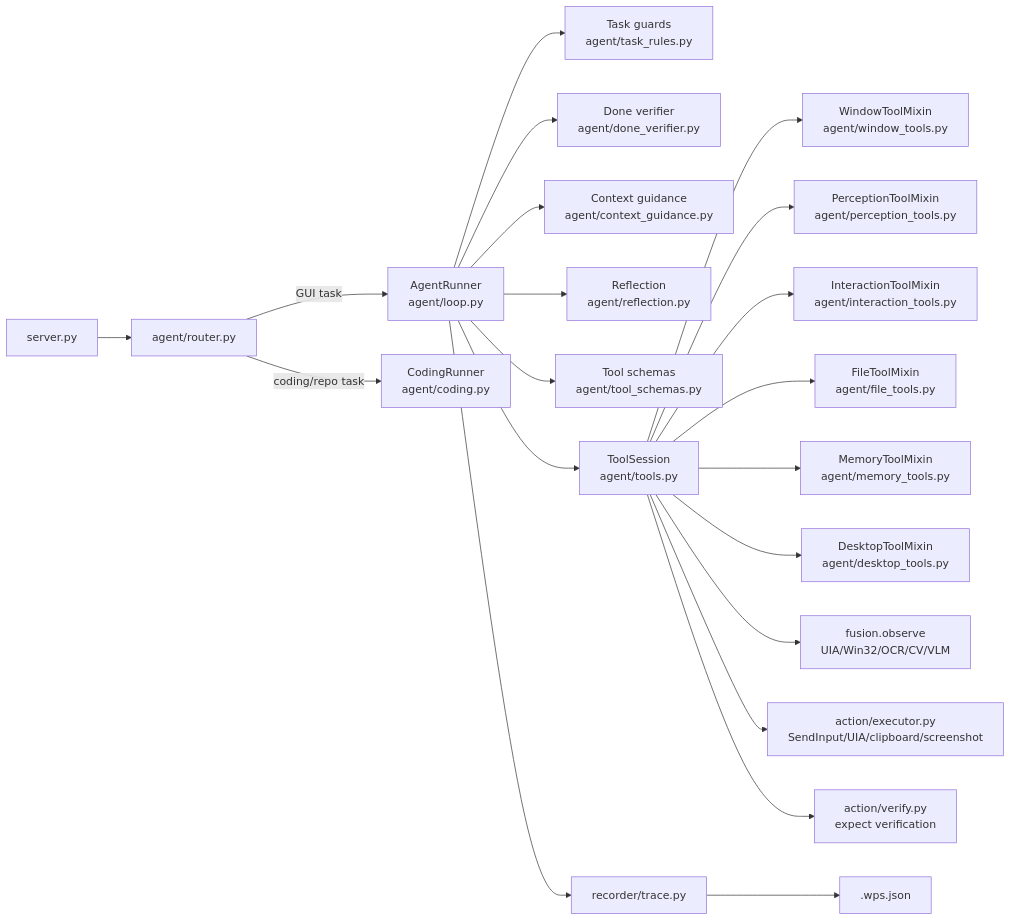
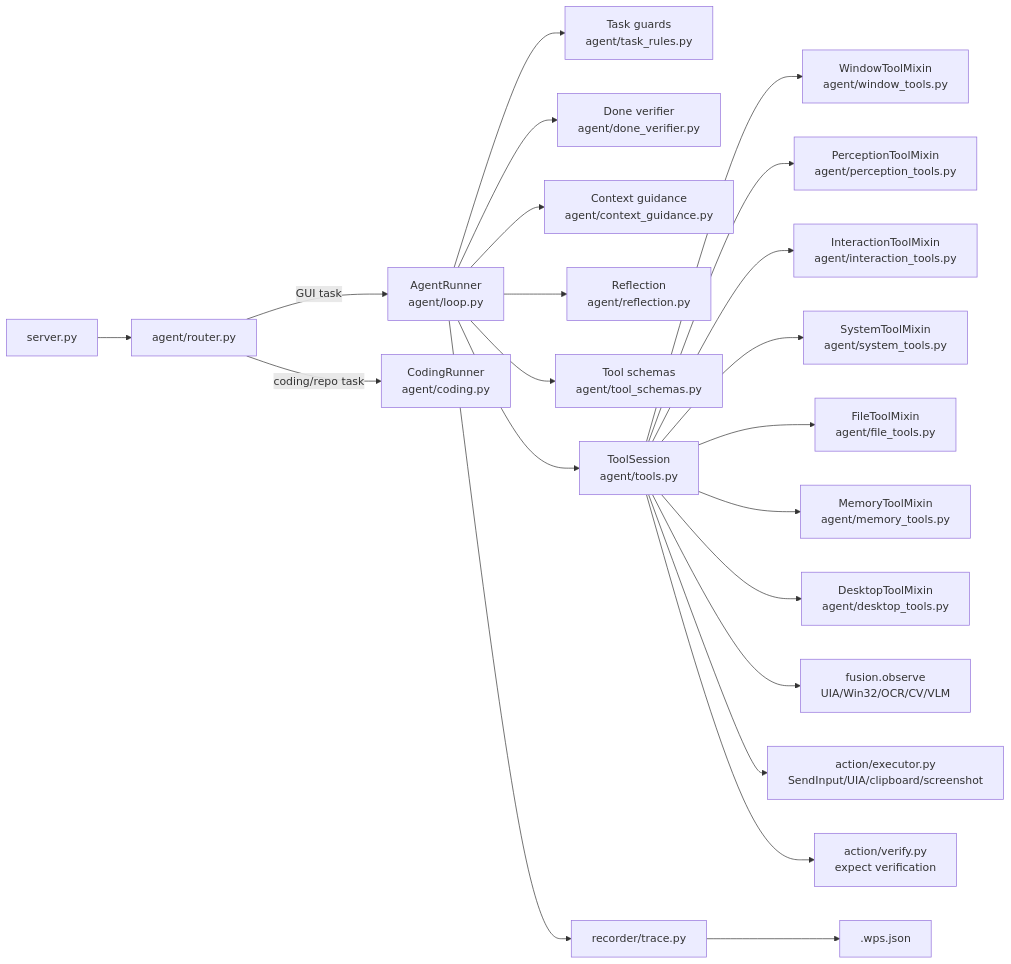
The second of 3 diagrams in docs/architecture.md (zoujiapeng/lingdong-script), drawn with Mermaid before and after one commit. The commit also changed other lines of this file and 8 other files, not shown here.

Commit message:
refactor: split system tool handlers

````diff
--- a/docs/architecture.md
+++ b/docs/architecture.md
@@ -40,23 +40,24 @@
 ```mermaid
 flowchart LR
     server["server.py"] --> router["agent/router.py"]
     router -->|"GUI task"| loop["AgentRunner<br/>agent/loop.py"]
     router -->|"coding/repo task"| coding["CodingRunner<br/>agent/coding.py"]
     loop --> rules["Task guards<br/>agent/task_rules.py"]
     loop --> donev["Done verifier<br/>agent/done_verifier.py"]
     loop --> context["Context guidance<br/>agent/context_guidance.py"]
     loop --> reflect["Reflection<br/>agent/reflection.py"]
     loop --> schemas["Tool schemas<br/>agent/tool_schemas.py"]
     loop --> tools["ToolSession<br/>agent/tools.py"]
     tools --> windowtools["WindowToolMixin<br/>agent/window_tools.py"]
     tools --> perceptiontools["PerceptionToolMixin<br/>agent/perception_tools.py"]
     tools --> interactiontools["InteractionToolMixin<br/>agent/interaction_tools.py"]
+    tools --> systemtools["SystemToolMixin<br/>agent/system_tools.py"]
     tools --> filetools["FileToolMixin<br/>agent/file_tools.py"]
     tools --> memorytools["MemoryToolMixin<br/>agent/memory_tools.py"]
     tools --> desktoptools["DesktopToolMixin<br/>agent/desktop_tools.py"]
     tools --> fusion["fusion.observe<br/>UIA/Win32/OCR/CV/VLM"]
     tools --> action["action/executor.py<br/>SendInput/UIA/clipboard/screenshot"]
     tools --> verify["action/verify.py<br/>expect verification"]
     loop --> recorder["recorder/trace.py"]
     recorder --> wps[".wps.json"]
 ```
````
